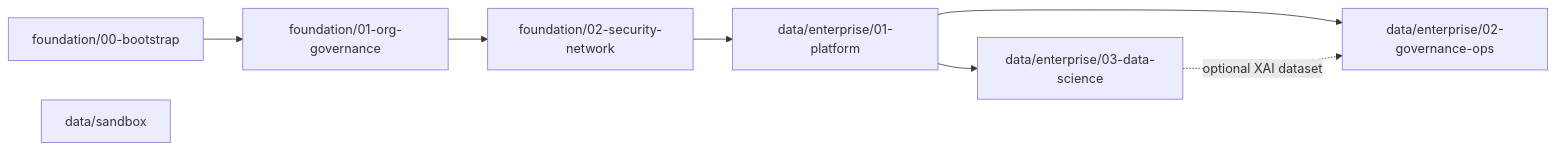
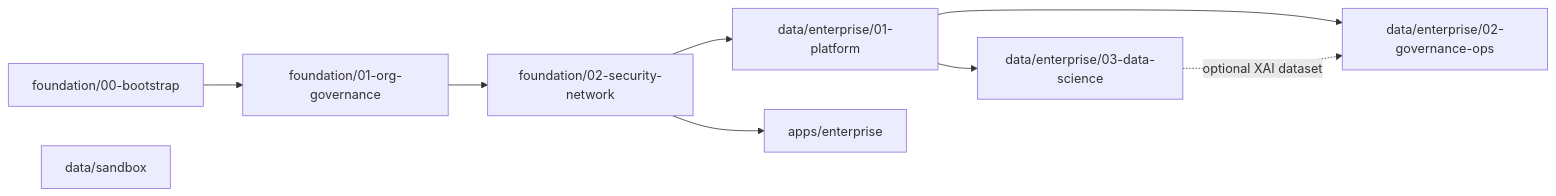
The diagram in README.md (choo737/gcp-foundation), drawn with Mermaid before and after one commit. The commit also changed other lines of this file and 83 other files, not shown here.

Commit message:
feat: add 7-team hierarchy, apps/enterprise factory, auto suffix, and blueprint docs

````diff
--- a/README.md
+++ b/README.md
@@ -34,10 +55,11 @@
 ```mermaid
 flowchart LR
     S0["foundation/00-bootstrap"] --> S1["foundation/01-org-governance"]
     S1 --> S2["foundation/02-security-network"]
     S2 --> D1["data/enterprise/01-platform"]
+    S2 --> A1["apps/enterprise"]
     D1 --> D3["data/enterprise/03-data-science"]
     D1 --> D2["data/enterprise/02-governance-ops"]
     D3 -. "optional XAI dataset" .-> D2
     SB["data/sandbox"]
 ```
````
